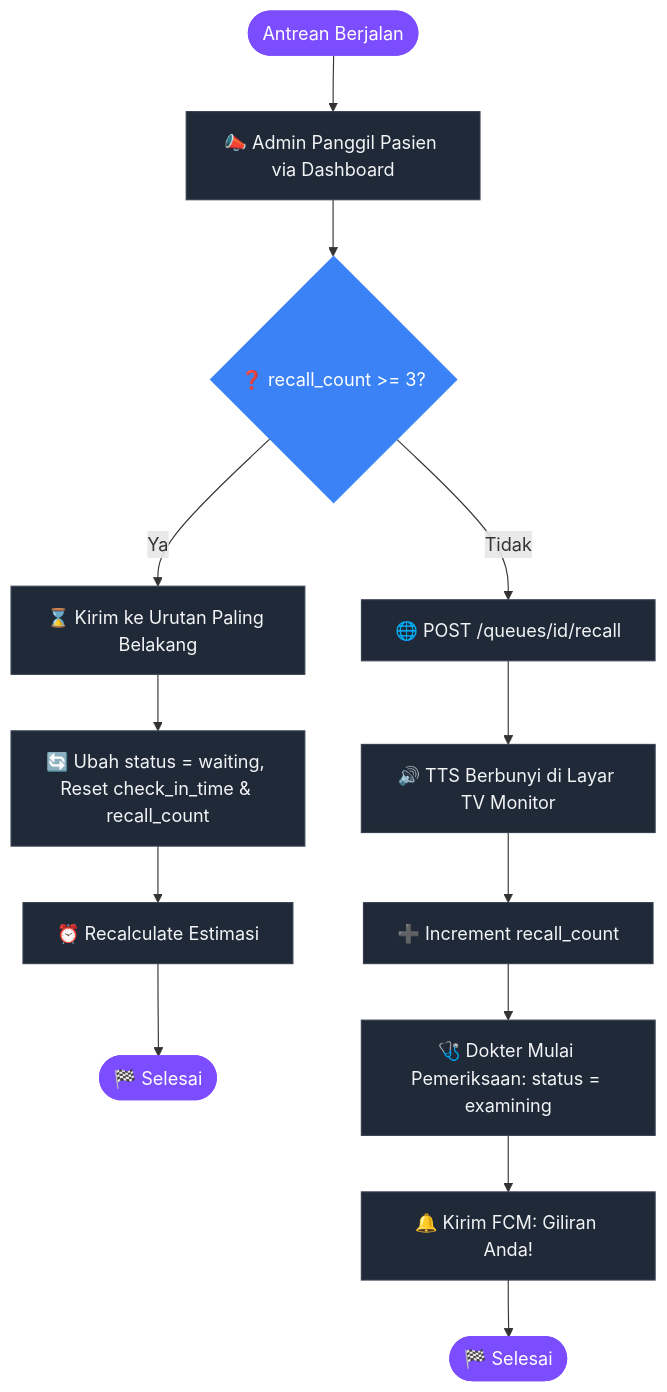
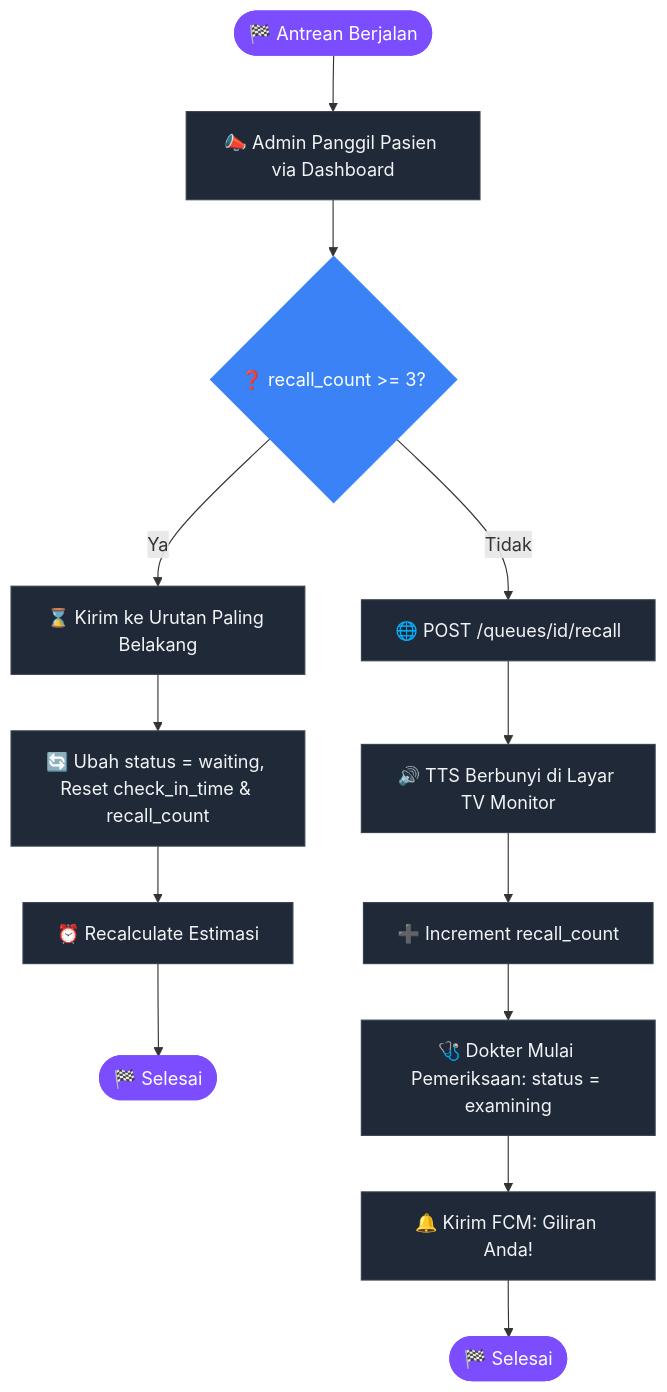
The sixth of 10 diagrams in dokumentasi/ALUR_BISNIS.md (Rezi14/NalaSeva-Mobile-Test), drawn with Mermaid before and after one commit. The commit also changed other lines of this file, not shown here.

````diff
--- a/dokumentasi/ALUR_BISNIS.md
+++ b/dokumentasi/ALUR_BISNIS.md
@@ -191,19 +195,19 @@
 ```mermaid
 flowchart TD
     classDef default fill:#1f2937,stroke:#374151,stroke-width:1px,color:#f3f4f6;
     classDef startEnd fill:#7c4dff,stroke:#7c4dff,color:#fff;
     classDef decision fill:#3b82f6,stroke:#3b82f6,color:#fff;
 
-    Start([Antrean Berjalan]):::startEnd --> Call[📣 Admin Panggil Pasien via Dashboard]
+    Start([🏁 Antrean Berjalan]):::startEnd --> Call[📣 Admin Panggil Pasien via Dashboard]
     Call --> CountCheck{"❓ recall_count >= 3?"}:::decision
     
     CountCheck -- Ya --> Skip[⌛ Kirim ke Urutan Paling Belakang]
     Skip --> Reset[🔄 Ubah status = waiting, Reset check_in_time & recall_count] --> Recalc[⏰ Recalculate Estimasi] --> Finish1([🏁 Selesai]):::startEnd
     
     CountCheck -- Tidak --> API[🌐 POST /queues/id/recall]
     API --> TTS[🔊 TTS Berbunyi di Layar TV Monitor]
     TTS --> Inc[➕ Increment recall_count]
     Inc --> Examining[🩺 Dokter Mulai Pemeriksaan: status = examining]
     Examining --> FCM[🔔 Kirim FCM: Giliran Anda!]
     FCM --> Finish2([🏁 Selesai]):::startEnd
 ```
````
